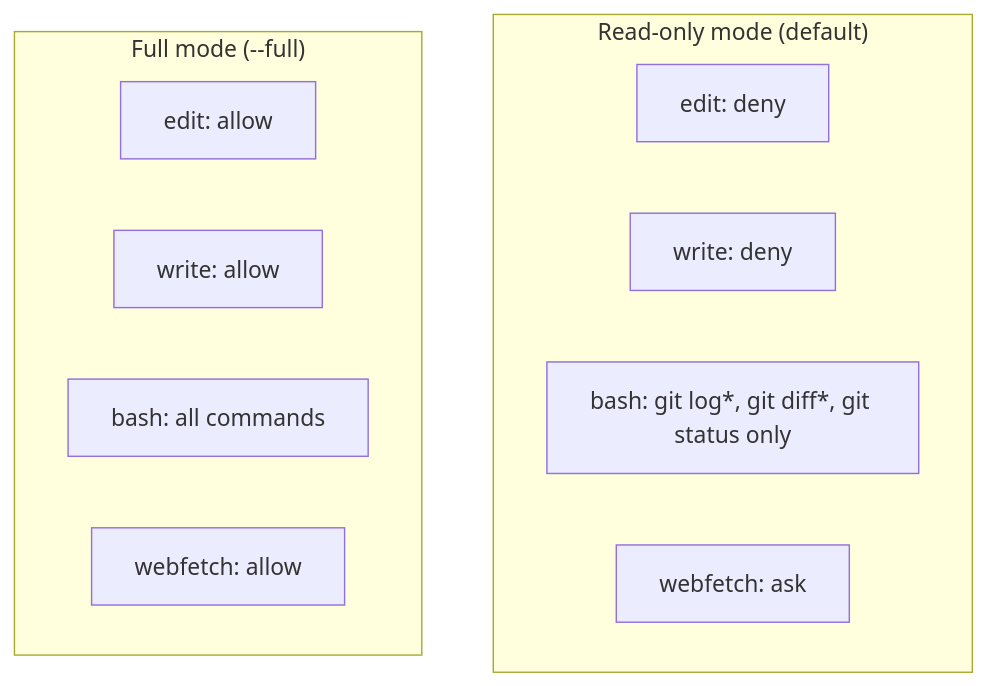
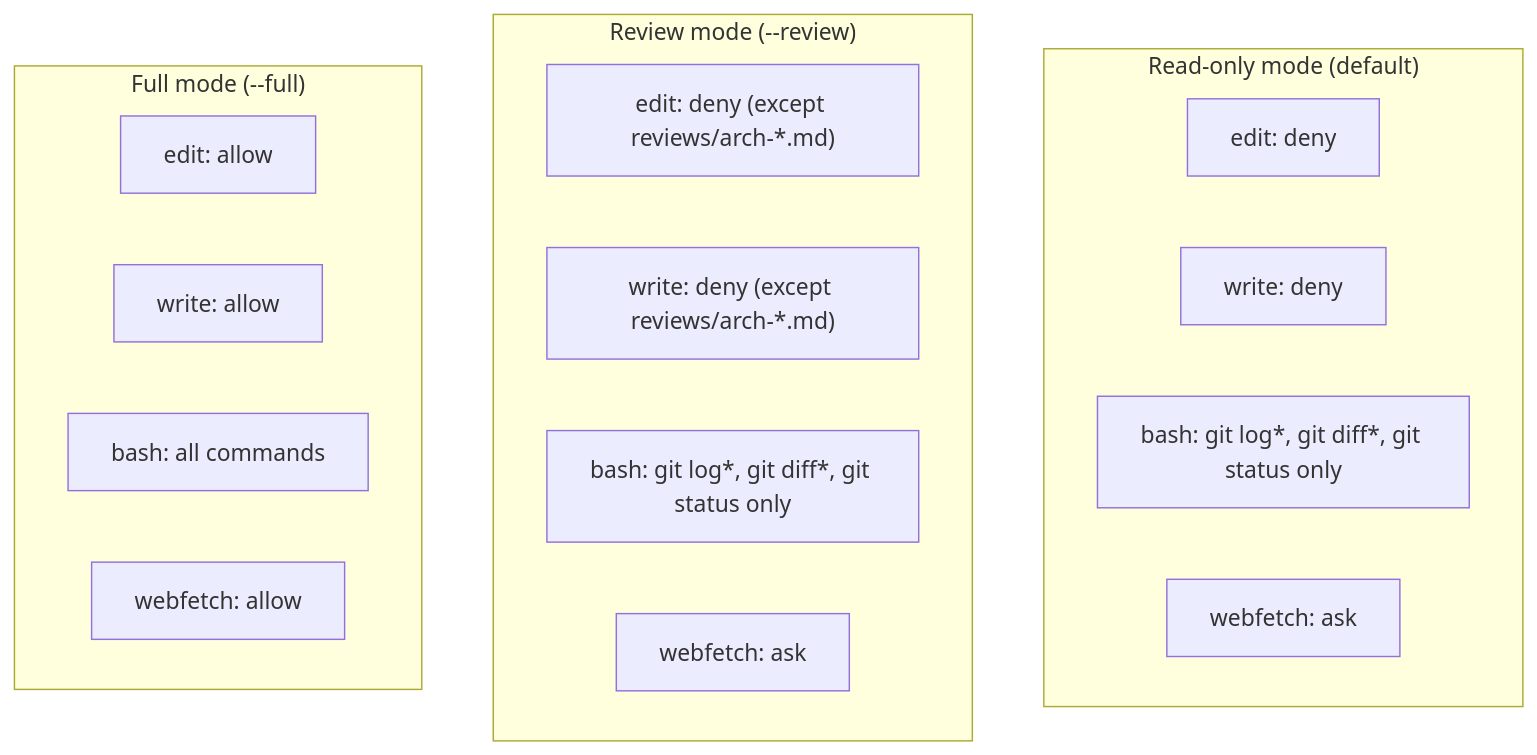
Before and after one commit to vansweej/architecture_prompts: the third of 3 diagrams in docs/prompts.md, drawn with Mermaid. The commit also changed other lines of this file and 8 other files, not shown here.

First line of the commit message:
feat: add review mode with scoped write to reviews/

````diff
--- a/docs/prompts.md
+++ b/docs/prompts.md
@@ -370,16 +375,23 @@
 ```mermaid
 flowchart TD
     subgraph readonly["Read-only mode (default)"]
         R1[edit: deny]
         R2[write: deny]
         R3["bash: git log*, git diff*, git status only"]
         R4[webfetch: ask]
     end
 
+    subgraph review["Review mode (--review)"]
+        V1["edit: deny (except reviews/arch-*.md)"]
+        V2["write: deny (except reviews/arch-*.md)"]
+        V3["bash: git log*, git diff*, git status only"]
+        V4[webfetch: ask]
+    end
+
     subgraph full["Full mode (--full)"]
         F1[edit: allow]
         F2[write: allow]
         F3["bash: all commands"]
         F4[webfetch: allow]
     end
 ```
````
